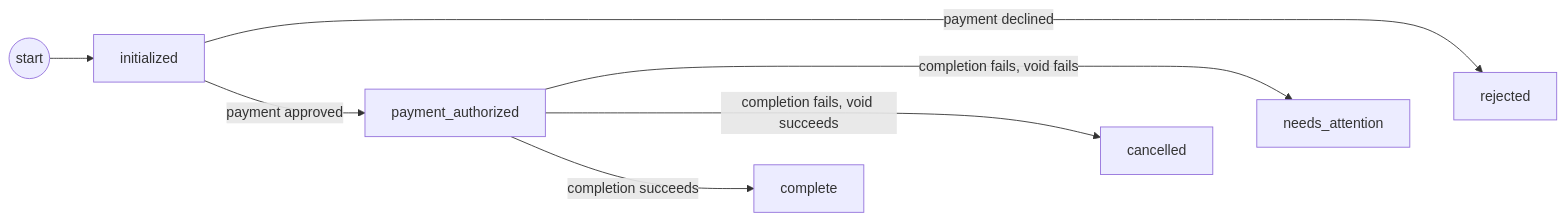
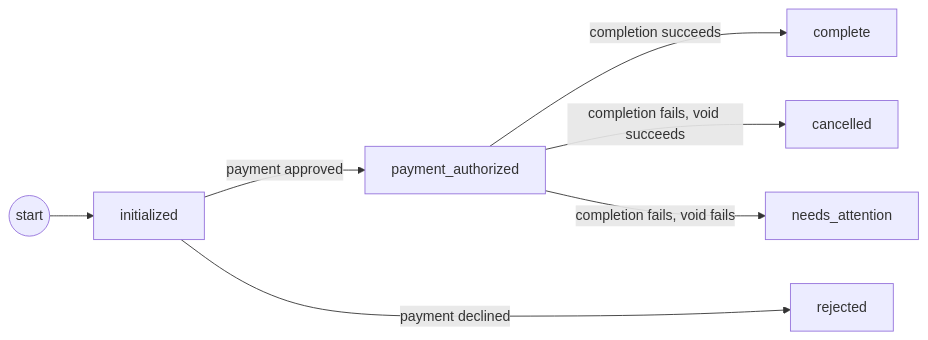
One commit to blaster151/gametime-order-state-machine changed the diagram in README.md. Above: the diagram before and after it, drawn with Mermaid.

Commit message:
docs: reduce state diagram stagger

````diff
--- a/README.md
+++ b/README.md
@@ -66,11 +66,11 @@
 ```mermaid
 flowchart LR
     start((start)) --> initialized
     initialized -->|payment approved| payment_authorized
     initialized -->|payment declined| rejected
     payment_authorized -->|completion succeeds| complete
     payment_authorized -->|completion fails, void succeeds| cancelled
     payment_authorized -->|completion fails, void fails| needs_attention
 
-    complete ~~~ cancelled ~~~ needs_attention ~~~ rejected
+    payment_authorized ~~~ rejected
 ```
````
